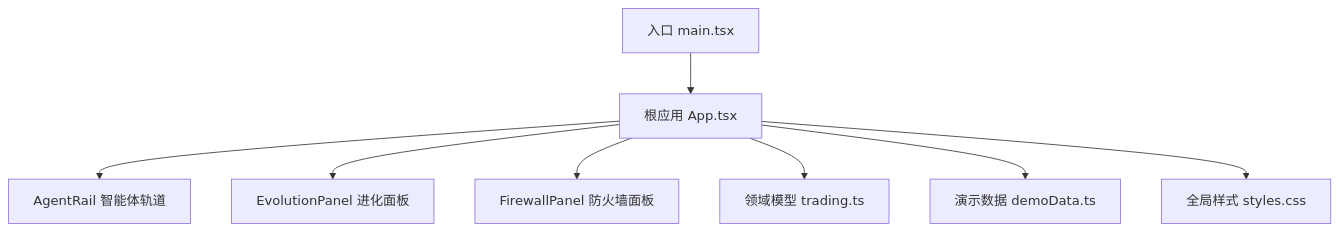
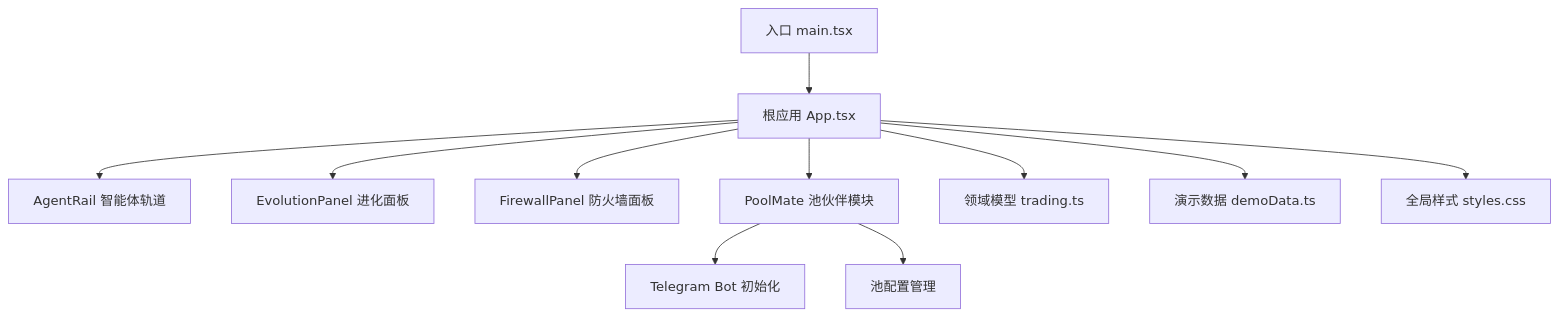
The first of 6 diagrams in .qoder/repowiki/zh/content/核心组件/核心组件.md (Maki3991/study-PactLedger), drawn with Mermaid before and after one commit. The commit also changed other lines of this file and 8 other files, not shown here.

````diff
--- a/.qoder/repowiki/zh/content/核心组件/核心组件.md
+++ b/.qoder/repowiki/zh/content/核心组件/核心组件.md
@@ -33,10 +42,13 @@
 ```mermaid
 graph TB
 A["入口 main.tsx"] --> B["根应用 App.tsx"]
 B --> C["AgentRail 智能体轨道"]
 B --> D["EvolutionPanel 进化面板"]
 B --> E["FirewallPanel 防火墙面板"]
-B --> F["领域模型 trading.ts"]
-B --> G["演示数据 demoData.ts"]
-B --> H["全局样式 styles.css"]
+B --> F["PoolMate 池伙伴模块"]
+B --> G["领域模型 trading.ts"]
+B --> H["演示数据 demoData.ts"]
+B --> I["全局样式 styles.css"]
+F --> J["Telegram Bot 初始化"]
+F --> K["池配置管理"]
 ```
````
